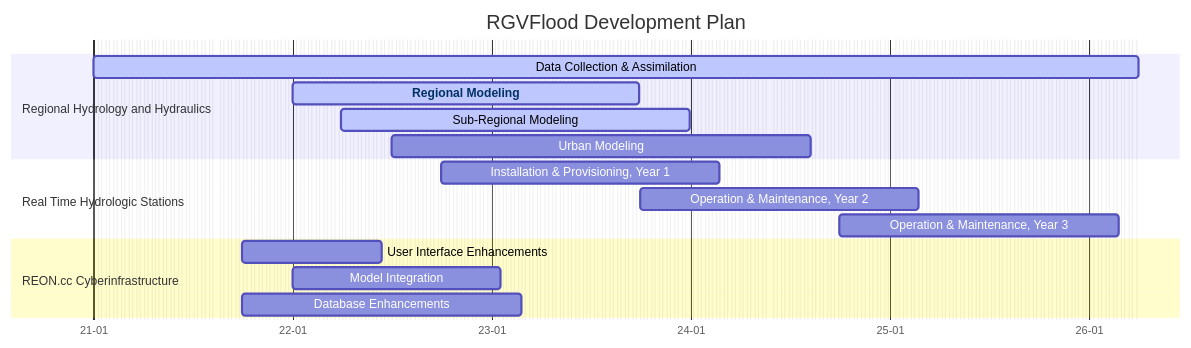
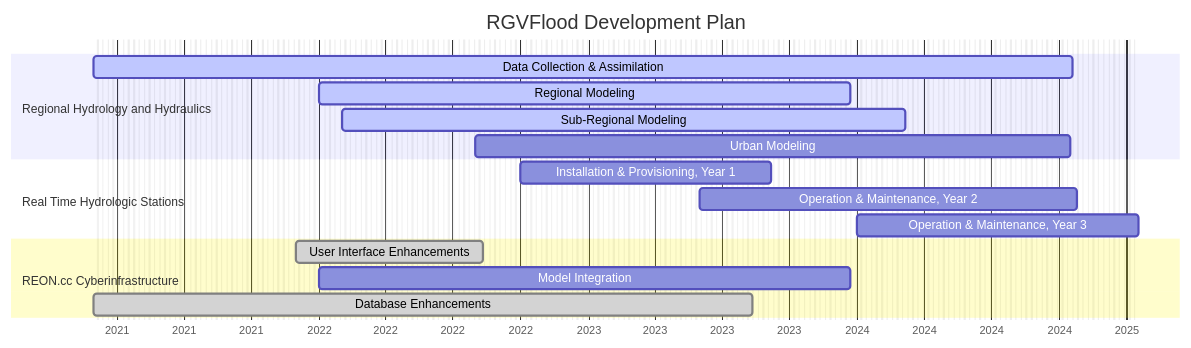
The diagram in src/development/development-process.mmd (RATESResearch/GeoNode), drawn with Mermaid before and after one commit. The commit also changed other lines of this file and 9 other files, not shown here.

Commit message:
gantt charts

```diff
--- a/src/development/development-process.mmd
+++ b/src/development/development-process.mmd
@@ -1,20 +1,19 @@
 gantt
-dateFormat  YY-Q
-axisFormat %y-%m
+dateFormat  YYYY-MM
+axisFormat %Y
 title RGVFlood Development Plan
 excludes weekends
 
 section Regional Hydrology and Hydraulics
-Data Collection & Assimilation  :active, dca, 21-1, 24-4
-Regional Modeling               :active, rm, 22-1, 23-2
-Sub-Regional Modeling           :active, srm, 22-2, 23-3
-Urban Modeling                  :um, 22-3, 24-1
+Data Collection & Assimilation  :active, dca, 2021-03, 950d
+Regional Modeling               :active, rm, 2022-01, 2023-06
+Sub-Regional Modeling           :active, srm, 2022-02, 2023-08
+Urban Modeling                  :um, 2022-08, 2024-03
 section Real Time Hydrologic Stations
-Installation & Provisioning, Year 1 :rthsy1, 22-4, 23-4
-Operation & Maintenance, Year 2 :rthsy2, 23-4, 24-4
-Operation & Maintenance, Year 3 :rthsy3, 24-4, 25-4
+Installation & Provisioning, Year 1 :rthsy1, 2022-10, 2023-06
+Operation & Maintenance, Year 2 :rthsy2, 2023-06, 2024-06
+Operation & Maintenance, Year 3 :rthsy3, 2024-01, 2024-10
 section REON.cc Cyberinfrastructure
-User Interface Enhancements : uie, 21-4, 22-2
-Model Integration : me, 22-1, 22-4
-Database Enhancements : de, 21-4, 22-4
-Click rm href "RegionalHandH"
+User Interface Enhancements :done, uie, 2021-12, 2022-06
+Model Integration : me, 2022-01, 2023-06
+Database Enhancements :done,  de, 2021-03, 2022-12
```
